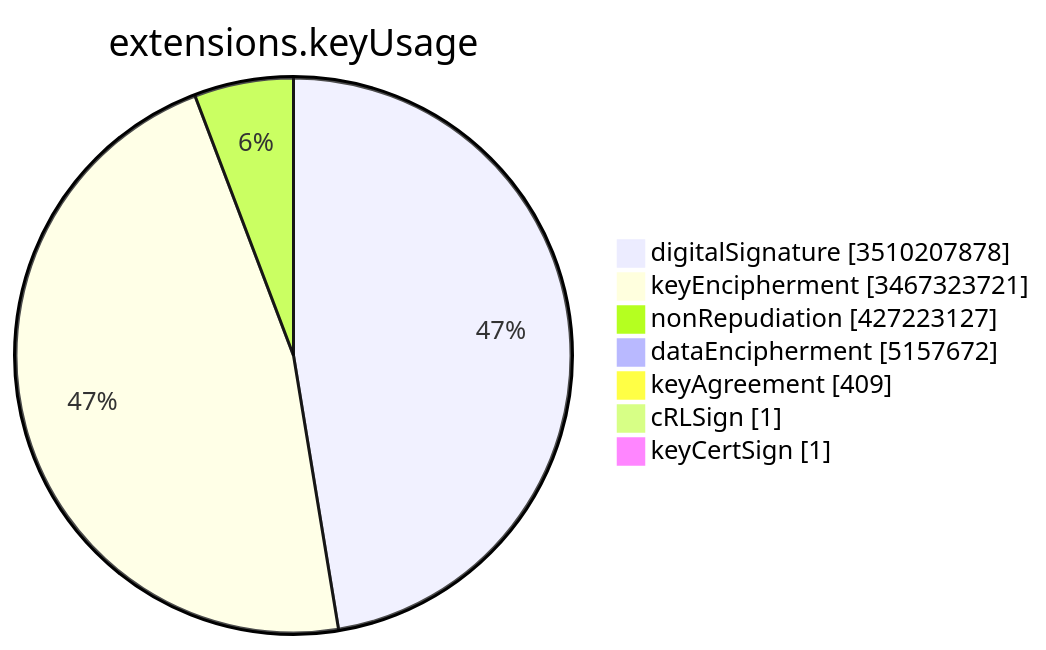
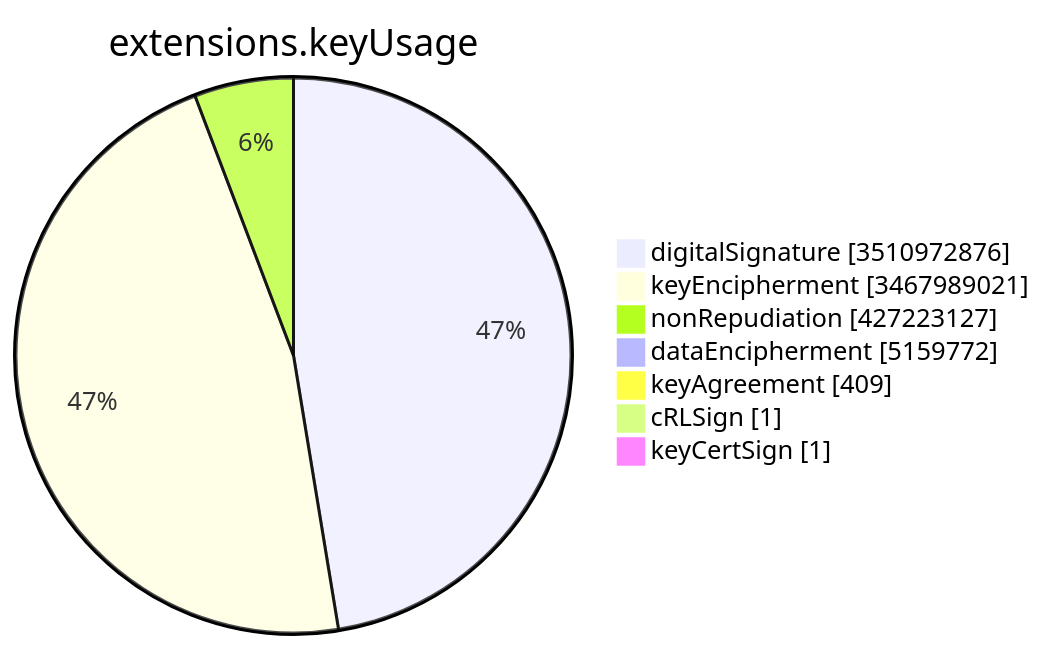
One commit to christiankrug/ctmonitor_visualization changed the sixth of 15 diagrams in TOTAL/README.md. Above: the diagram before and after it, drawn with Mermaid. The commit also changed other lines of this file, not shown here.

````diff
--- a/TOTAL/README.md
+++ b/TOTAL/README.md
@@ -3083,11 +3083,11 @@
 ```mermaid
 pie showData
 title extensions.keyUsage
-"digitalSignature" :3510207878
-"keyEncipherment" :3467323721
+"digitalSignature" :3510972876
+"keyEncipherment" :3467989021
 "nonRepudiation" :427223127
-"dataEncipherment" :5157672
+"dataEncipherment" :5159772
 "keyAgreement" :409
 "cRLSign" :1
 "keyCertSign" :1
 ```
````
